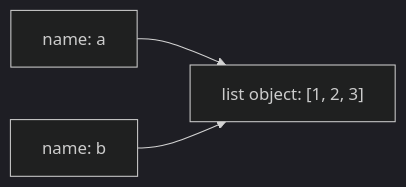
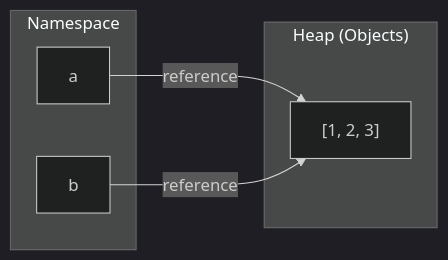
Before and after one commit to Annyeong-One/yonsei_mat2014_textbook: the diagram in docs/ch02/state/variables_as_names.md, drawn with Mermaid (dark theme). The commit also changed 129 other files, not shown here.

````diff
--- a/docs/ch02/state/variables_as_names.md
+++ b/docs/ch02/state/variables_as_names.md
@@ -75,5 +75,14 @@
 ```mermaid
 flowchart LR
-    a["name: a"] --> obj["list object: [1, 2, 3]"]
-    b["name: b"] --> obj
+    subgraph Namespace["Namespace"]
+        a["a"]
+        b["b"]
+    end
+
+    subgraph Heap["Heap (Objects)"]
+        obj["[1, 2, 3]"]
+    end
+
+    a -- reference --> obj
+    b -- reference --> obj
 ```
````
